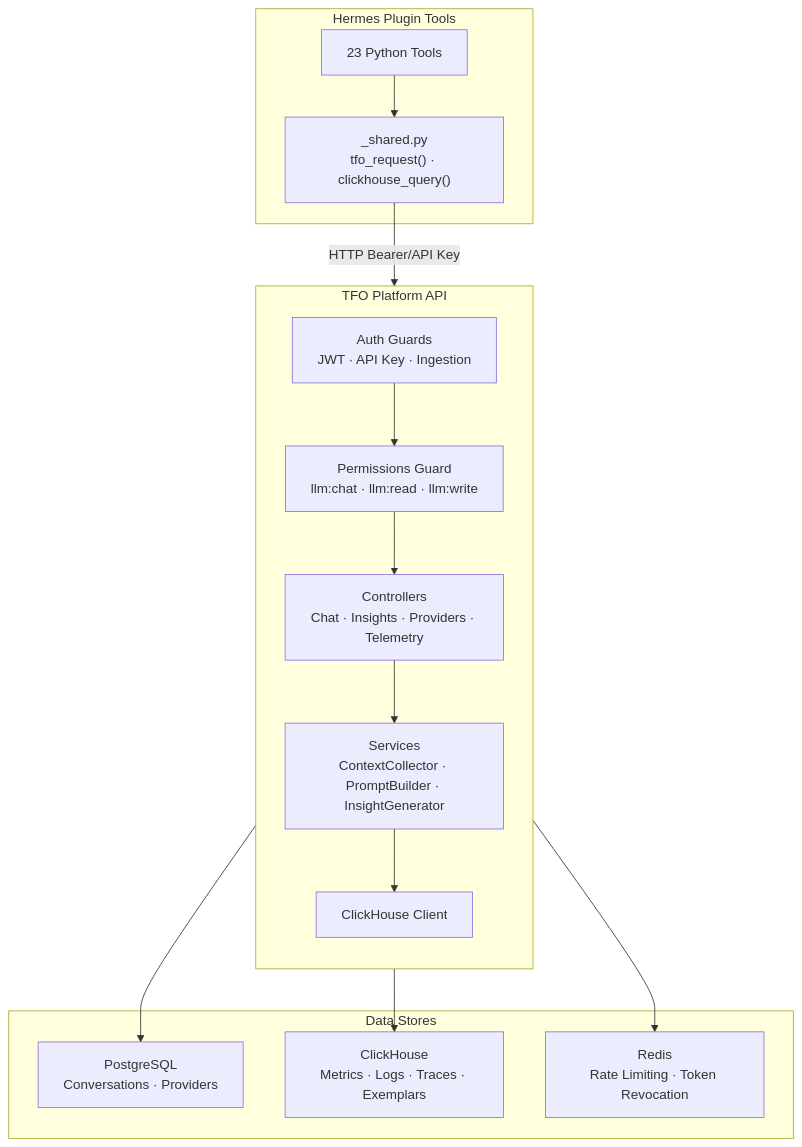
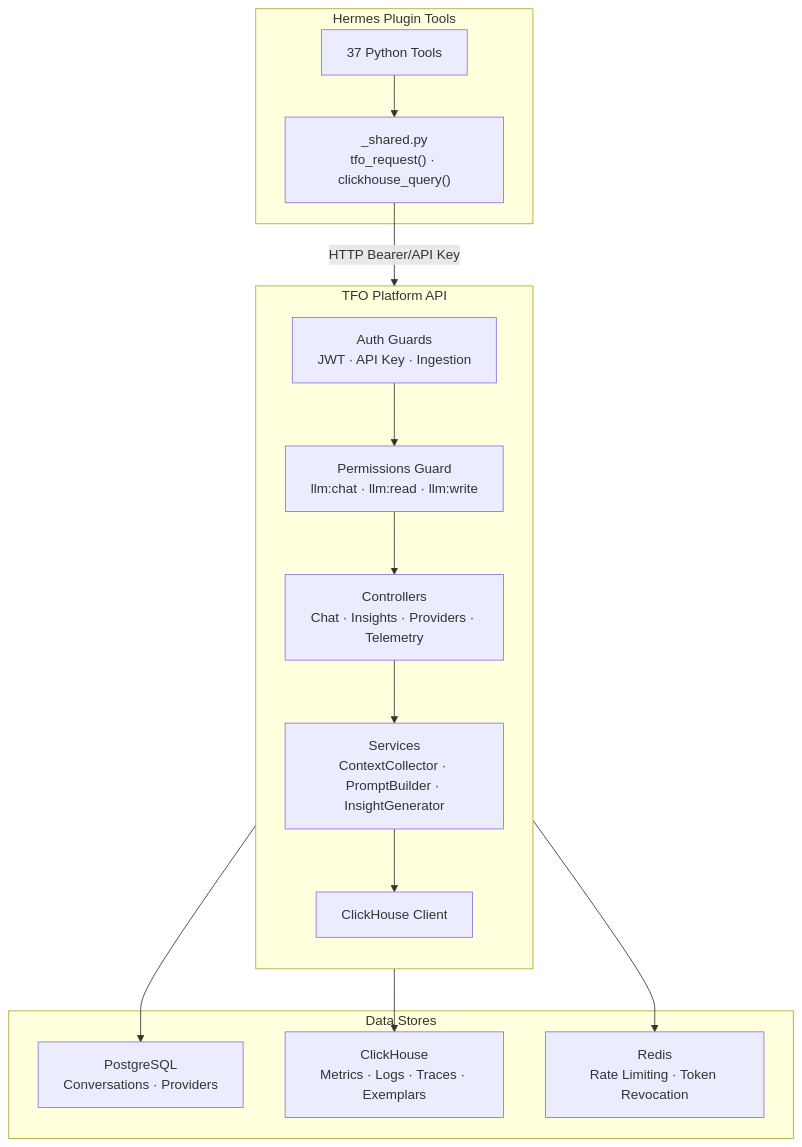
The first of 2 diagrams in docs/api/README.md (telemetryflow/telemetryflow-hermes), drawn with Mermaid before and after one commit. The commit also changed other lines of this file and 26 other files, not shown here.

````diff
--- a/docs/api/README.md
+++ b/docs/api/README.md
@@ -7,32 +7,32 @@
 ```mermaid
 graph TB
     subgraph "Hermes Plugin Tools"
-        TOOLS["23 Python Tools"]
+        TOOLS["37 Python Tools"]
         SHARED["_shared.py<br/>tfo_request() · clickhouse_query()"]
     end
 
     subgraph "TFO Platform API"
         direction TB
         AUTH["Auth Guards<br/>JWT · API Key · Ingestion"]
         PERM["Permissions Guard<br/>llm:chat · llm:read · llm:write"]
         CTRL["Controllers<br/>Chat · Insights · Providers · Telemetry"]
         SVC["Services<br/>ContextCollector · PromptBuilder · InsightGenerator"]
         CH["ClickHouse Client"]
     end
 
     subgraph "Data Stores"
         PG["PostgreSQL<br/>Conversations · Providers"]
         CLICK["ClickHouse<br/>Metrics · Logs · Traces · Exemplars"]
         REDIS["Redis<br/>Rate Limiting · Token Revocation"]
     end
 
     TOOLS --> SHARED
     SHARED -->|"HTTP Bearer/API Key"| AUTH
     AUTH --> PERM
     PERM --> CTRL
     CTRL --> SVC
     SVC --> CH
     CH --> PG
     CH --> CLICK
     CH --> REDIS
 ```
````
